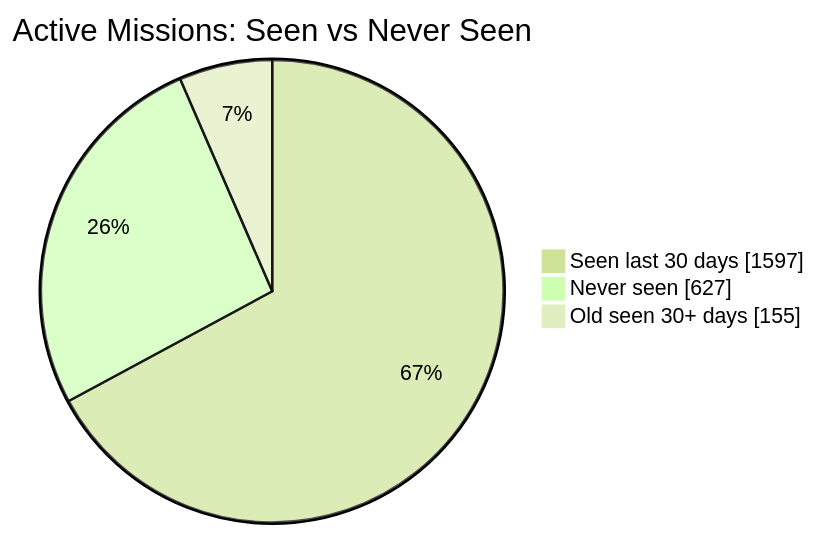
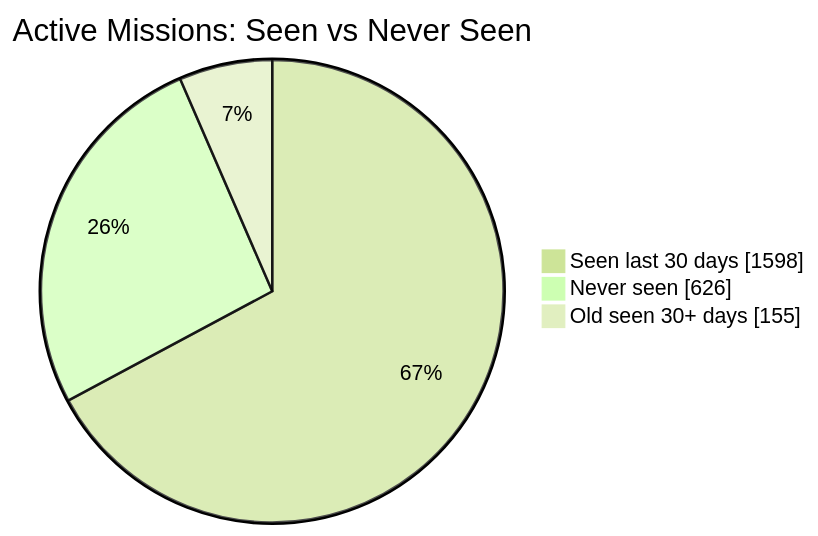
The first of 2 diagrams in README.md (MeldkamerspelGameTeam/active-missions), drawn with Mermaid (forest theme) before and after one commit. The commit also changed other lines of this file and 2 other files, not shown here.

````diff
--- a/README.md
+++ b/README.md
@@ -34,7 +34,7 @@
 ```mermaid
 pie showData
     title Active Missions: Seen vs Never Seen
-    "Seen last 30 days" : 1597
-    "Never seen" : 627
+    "Seen last 30 days" : 1598
+    "Never seen" : 626
     "Old seen 30+ days" : 155
 ```
````
